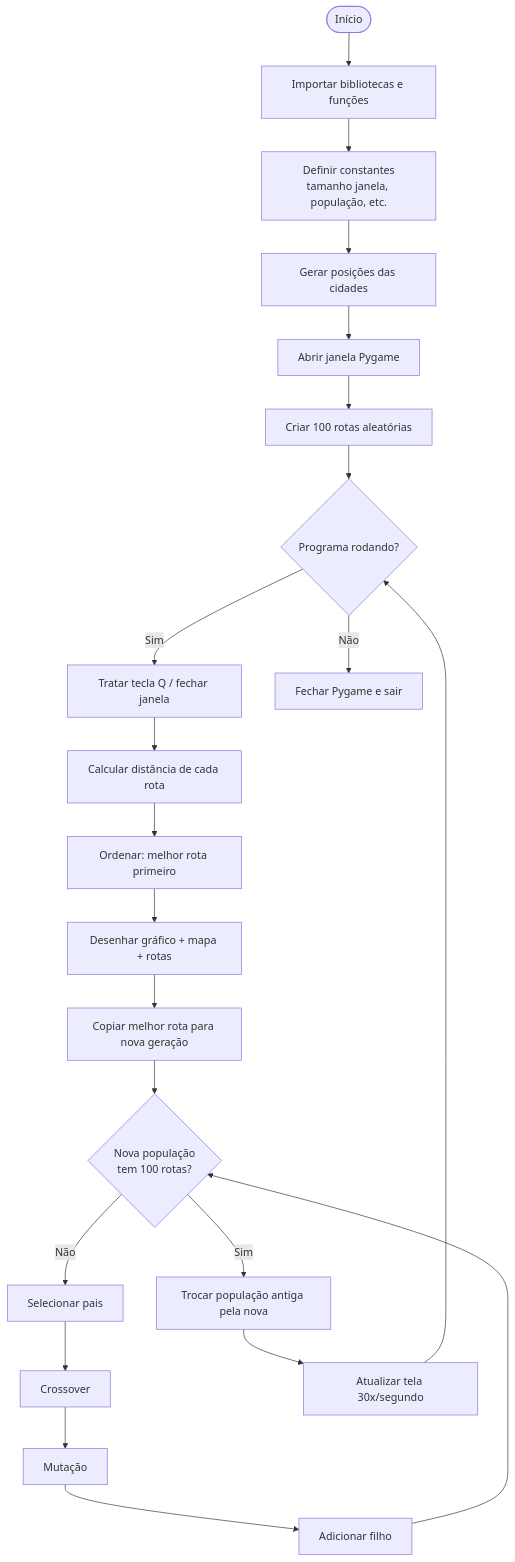
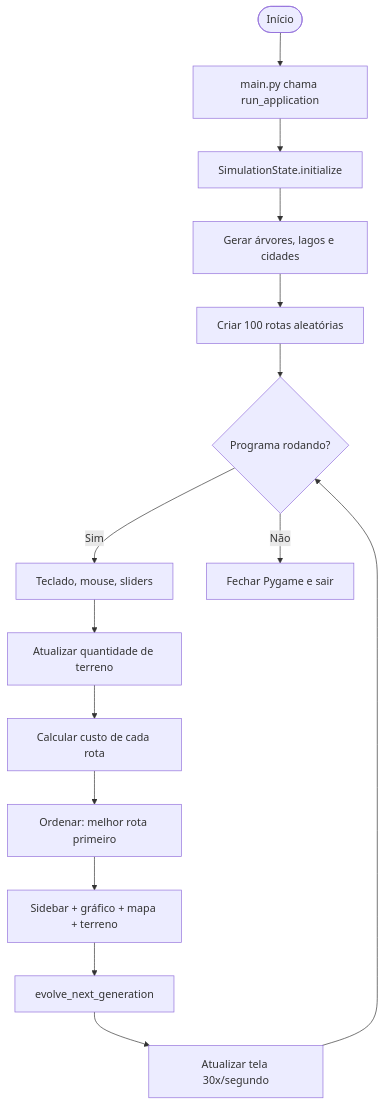
The first of 2 diagrams in GUIA.md (edvansanchoo/genetic_algorithm_tsp-main), drawn with Mermaid before and after one commit. The commit also changed other lines of this file and 1 other file, not shown here.

````diff
--- a/GUIA.md
+++ b/GUIA.md
@@ -97,26 +153,19 @@
 ```mermaid
 flowchart TD
-    START([Início]) --> IMPORTS[Importar bibliotecas e funções]
-    IMPORTS --> CONFIG[Definir constantes<br/>tamanho janela, população, etc.]
-    CONFIG --> CITIES[Gerar posições das cidades]
-    CITIES --> PYGAME[Abrir janela Pygame]
-    PYGAME --> POP[Criar 100 rotas aleatórias]
+    START([Início]) --> MAIN[main.py chama run_application]
+    MAIN --> INIT[SimulationState.initialize]
+    INIT --> TERRAIN[Gerar árvores, lagos e cidades]
+    TERRAIN --> POP[Criar 100 rotas aleatórias]
     POP --> LOOP{Programa rodando?}
 
-    LOOP -->|Sim| EVENTOS[Tratar tecla Q / fechar janela]
-    EVENTOS --> AVALIA[Calcular distância de cada rota]
+    LOOP -->|Sim| EVENTOS[Teclado, mouse, sliders]
+    EVENTOS --> TERRAIN_UPD[Atualizar quantidade de terreno]
+    TERRAIN_UPD --> AVALIA[Calcular custo de cada rota]
     AVALIA --> ORDENA[Ordenar: melhor rota primeiro]
-    ORDENA --> DESENHA[Desenhar gráfico + mapa + rotas]
-    DESENHA --> ELITE[Copiar melhor rota para nova geração]
-    ELITE --> REPRODUZ{Nova população<br/>tem 100 rotas?}
-    REPRODUZ -->|Não| SEL[Selecionar pais]
-    SEL --> CROSS[Crossover]
-    CROSS --> MUT[Mutação]
-    MUT --> ADD[Adicionar filho]
-    ADD --> REPRODUZ
-    REPRODUZ -->|Sim| SUBST[Trocar população antiga pela nova]
-    SUBST --> TELA[Atualizar tela 30x/segundo]
+    ORDENA --> DESENHA[Sidebar + gráfico + mapa + terreno]
+    DESENHA --> EVOLVE[evolve_next_generation]
+    EVOLVE --> TELA[Atualizar tela 30x/segundo]
     TELA --> LOOP
 
     LOOP -->|Não| FIM[Fechar Pygame e sair]
 ```
````
